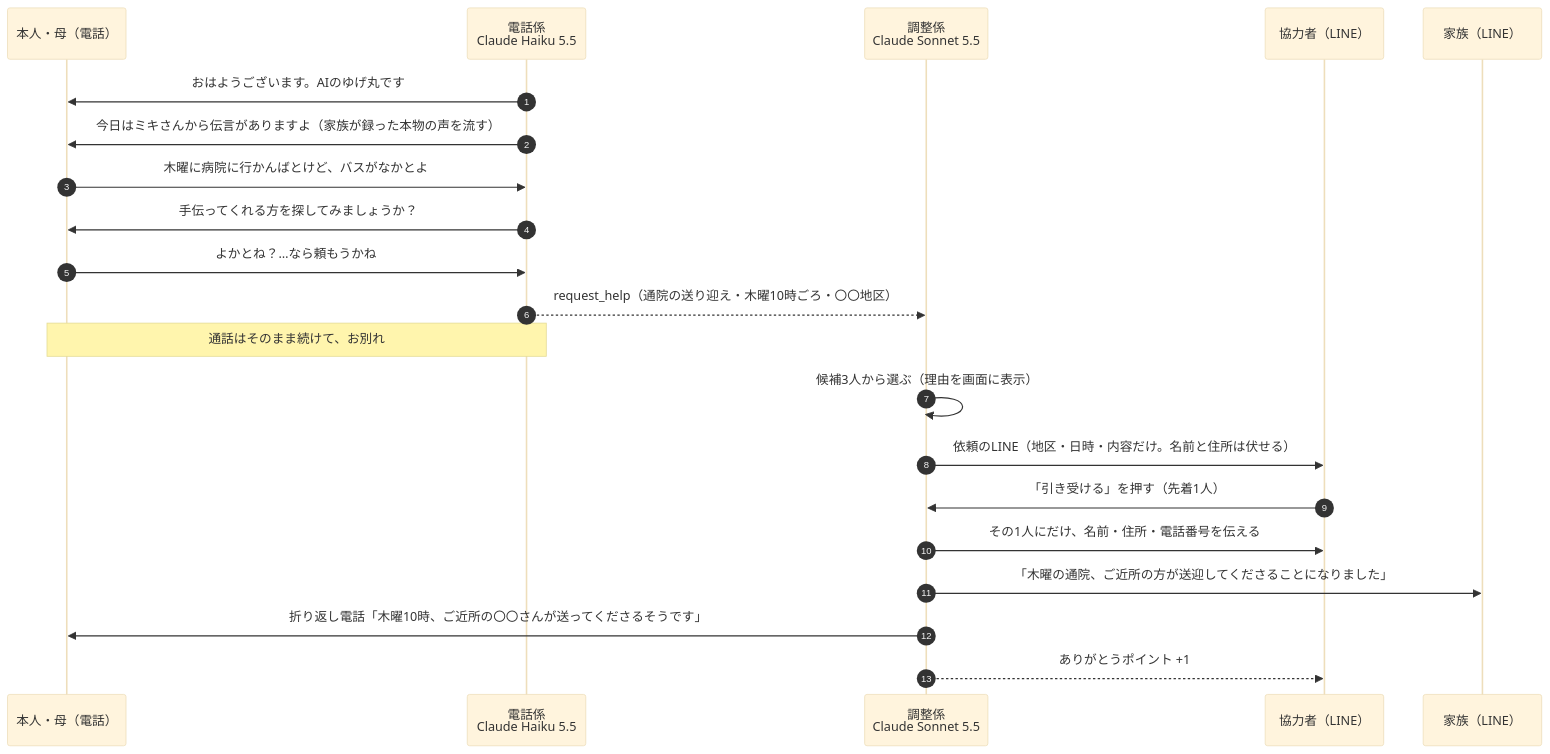
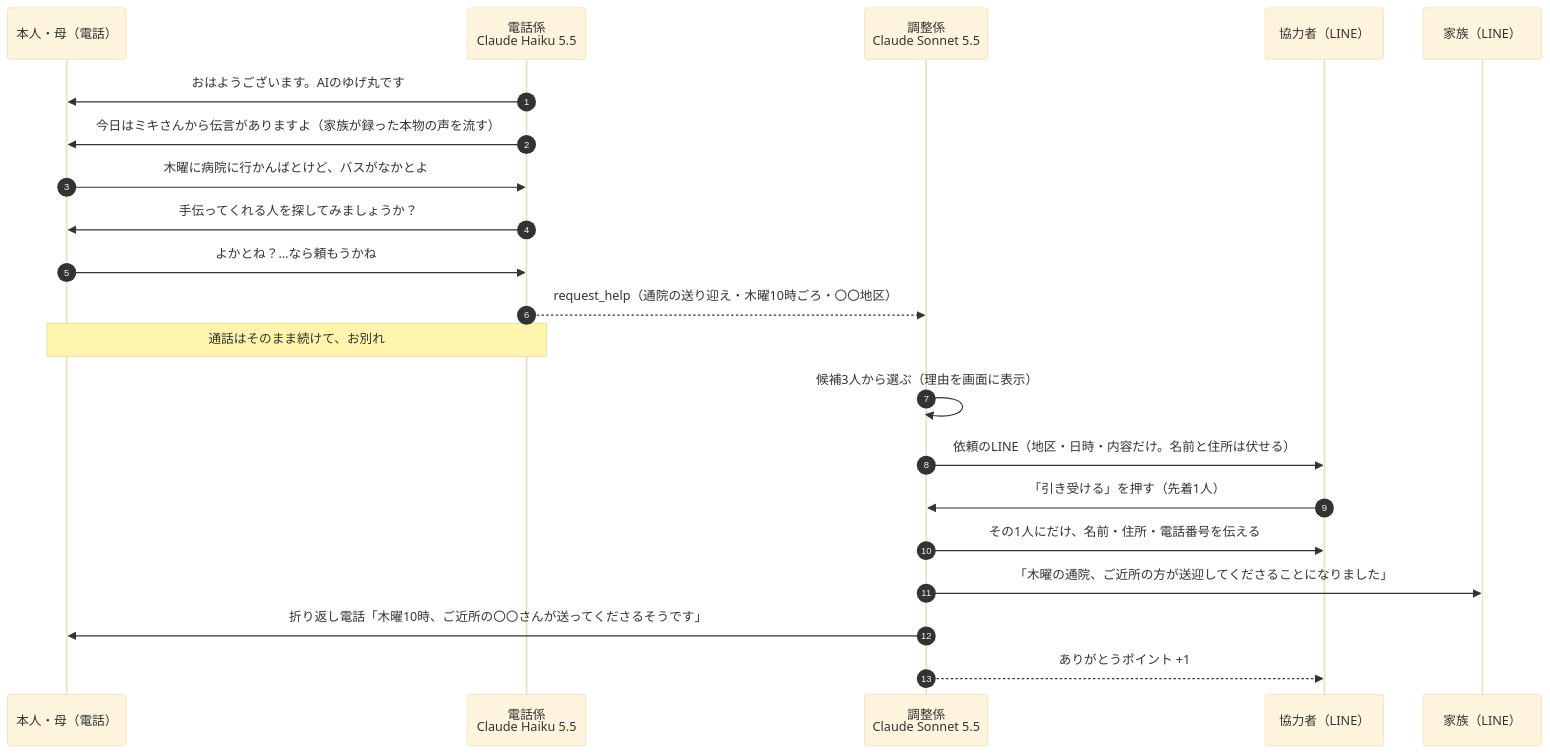
The diagram in docs/spec.md (shogomatsu/denwaban-ai), drawn with Mermaid (base theme) before and after one commit. The commit also changed other lines of this file and 8 other files, not shown here.

````diff
--- a/docs/spec.md
+++ b/docs/spec.md
@@ -89,23 +89,23 @@
 ```mermaid
 sequenceDiagram
     autonumber
     participant 母 as 本人・母（電話）
     participant 電話係 as 電話係<br/>Claude Haiku 5.5
     participant 調整係 as 調整係<br/>Claude Sonnet 5.5
     participant 協力者 as 協力者（LINE）
     participant 家族 as 家族（LINE）
     電話係->>母: おはようございます。AIのゆげ丸です
     電話係->>母: 今日はミキさんから伝言がありますよ（家族が録った本物の声を流す）
     母->>電話係: 木曜に病院に行かんばとけど、バスがなかとよ
-    電話係->>母: 手伝ってくれる方を探してみましょうか？
+    電話係->>母: 手伝ってくれる人を探してみましょうか？
     母->>電話係: よかとね？…なら頼もうかね
     電話係-->>調整係: request_help（通院の送り迎え・木曜10時ごろ・〇〇地区）
     Note over 電話係,母: 通話はそのまま続けて、お別れ
     調整係->>調整係: 候補3人から選ぶ（理由を画面に表示）
     調整係->>協力者: 依頼のLINE（地区・日時・内容だけ。名前と住所は伏せる）
     協力者->>調整係: 「引き受ける」を押す（先着1人）
     調整係->>協力者: その1人にだけ、名前・住所・電話番号を伝える
     調整係->>家族: 「木曜の通院、ご近所の方が送迎してくださることになりました」
     調整係->>母: 折り返し電話「木曜10時、ご近所の〇〇さんが送ってくださるそうです」
     調整係-->>協力者: ありがとうポイント +1
 ```
````
